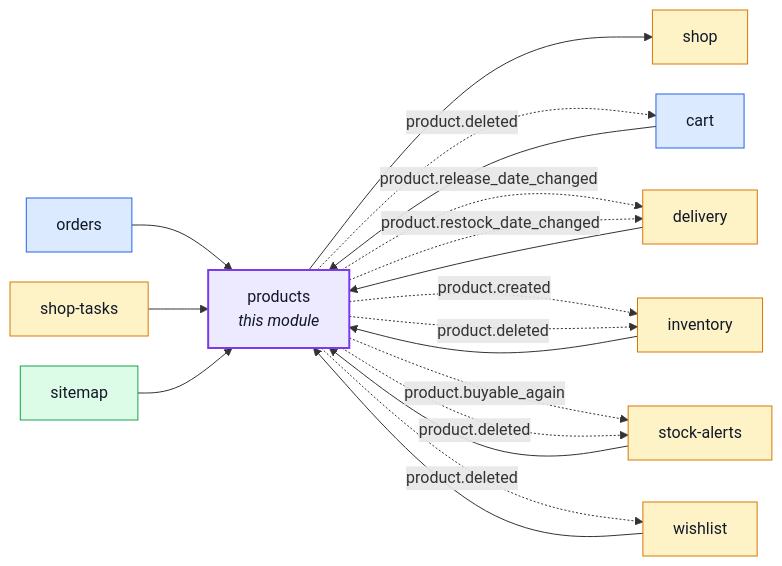
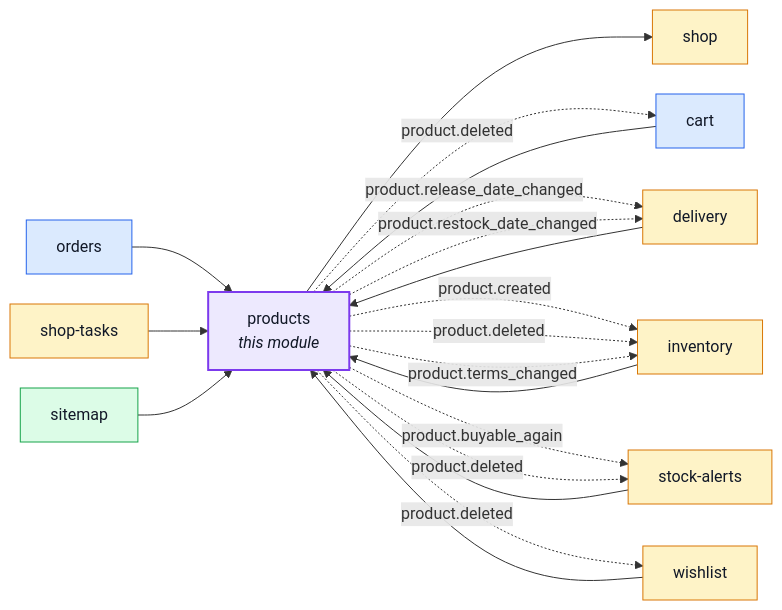
Before and after one commit to Guebbit/boilerplate-node-backend: the first of 2 diagrams in docs/modules/products.md, drawn with Mermaid. The commit also changed other lines of this file and 28 other files, not shown here.

````diff
--- a/docs/modules/products.md
+++ b/docs/modules/products.md
@@ -24,41 +24,42 @@
 ```mermaid
 %%{init: {'flowchart': {'nodeSpacing': 30, 'rankSpacing': 60}}}%%
 flowchart LR
     products["products<br/><i>this module</i>"]
     cart["cart"]
     delivery["delivery"]
     inventory["inventory"]
     orders["orders"]
     shop["shop"]
     shop_tasks["shop-tasks"]
     sitemap["sitemap"]
     stock_alerts["stock-alerts"]
     wishlist["wishlist"]
 
     cart --> products
     delivery --> products
     inventory --> products
     orders --> products
     shop_tasks --> products
     sitemap --> products
     stock_alerts --> products
     wishlist --> products
     products --> shop
     products -. "product.deleted" .-> cart
     products -. "product.release_date_changed" .-> delivery
     products -. "product.restock_date_changed" .-> delivery
     products -. "product.created" .-> inventory
     products -. "product.deleted" .-> inventory
+    products -. "product.terms_changed" .-> inventory
     products -. "product.buyable_again" .-> stock_alerts
     products -. "product.deleted" .-> stock_alerts
     products -. "product.deleted" .-> wishlist
 
     classDef core fill:#dbeafe,stroke:#2563eb,color:#111827;
     classDef supporting fill:#fef3c7,stroke:#d97706,color:#111827;
     classDef generic fill:#dcfce7,stroke:#16a34a,color:#111827;
     classDef centre fill:#ede9fe,stroke:#7c3aed,stroke-width:2px,color:#111827;
     class cart,orders core;
     class delivery,inventory,shop,shop_tasks,stock_alerts,wishlist supporting;
     class sitemap generic;
     class products centre;
 ```
````
